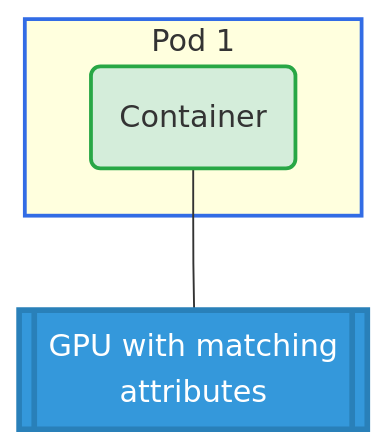
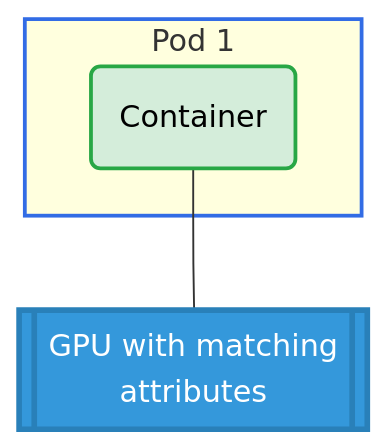
Before and after one commit to kubernetes-sigs/dra-example-driver: the diagram in demo/examples/cel-selector/README.md, drawn with Mermaid. The commit also changed 10 other files, not shown here.

````diff
--- a/demo/examples/cel-selector/README.md
+++ b/demo/examples/cel-selector/README.md
@@ -11,12 +11,12 @@
 ```mermaid
 graph TD
     subgraph Pod1 [Pod 1]
         C1(Container) 
     end
     G1[[GPU with matching<br/>attributes]]
     C1 --- G1
 
     style Pod1 stroke:#326ce5,stroke-width:2px
-    style C1 fill:#d4edda,stroke:#28a745,stroke-width:2px
+    style C1 fill:#d4edda,color:#000,stroke:#28a745,stroke-width:2px
     style G1 fill:#3498db,color:#fff,stroke:#2980b9,stroke-width:3px
 ```
````
